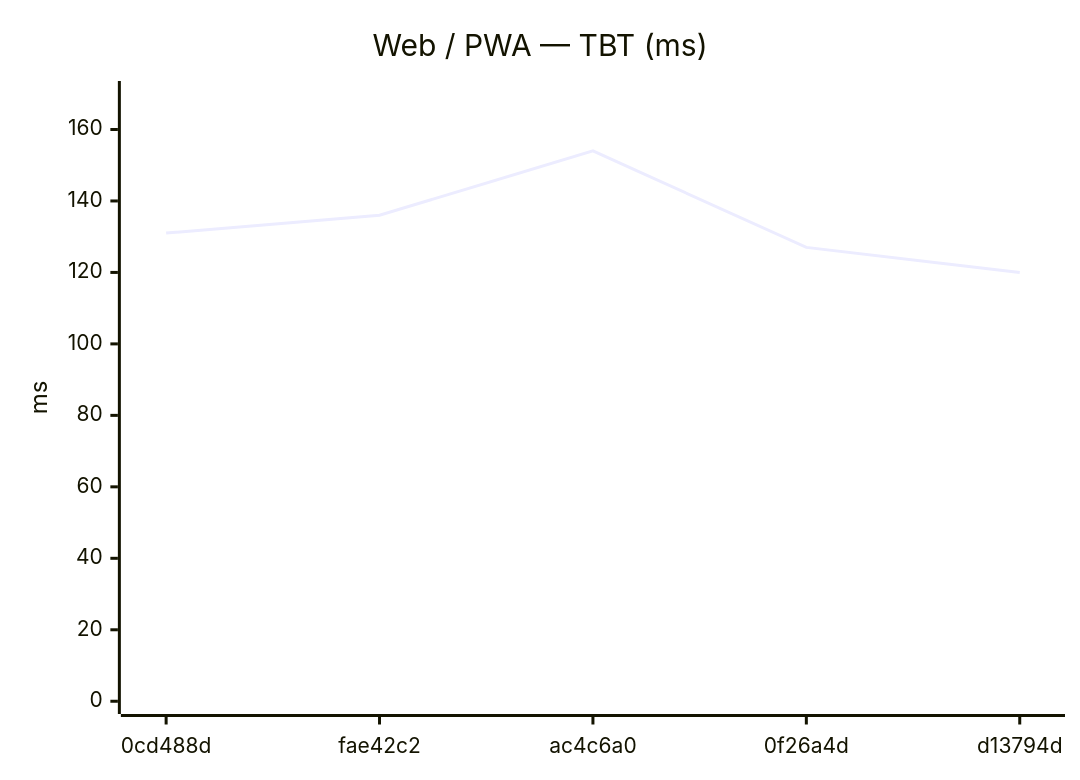
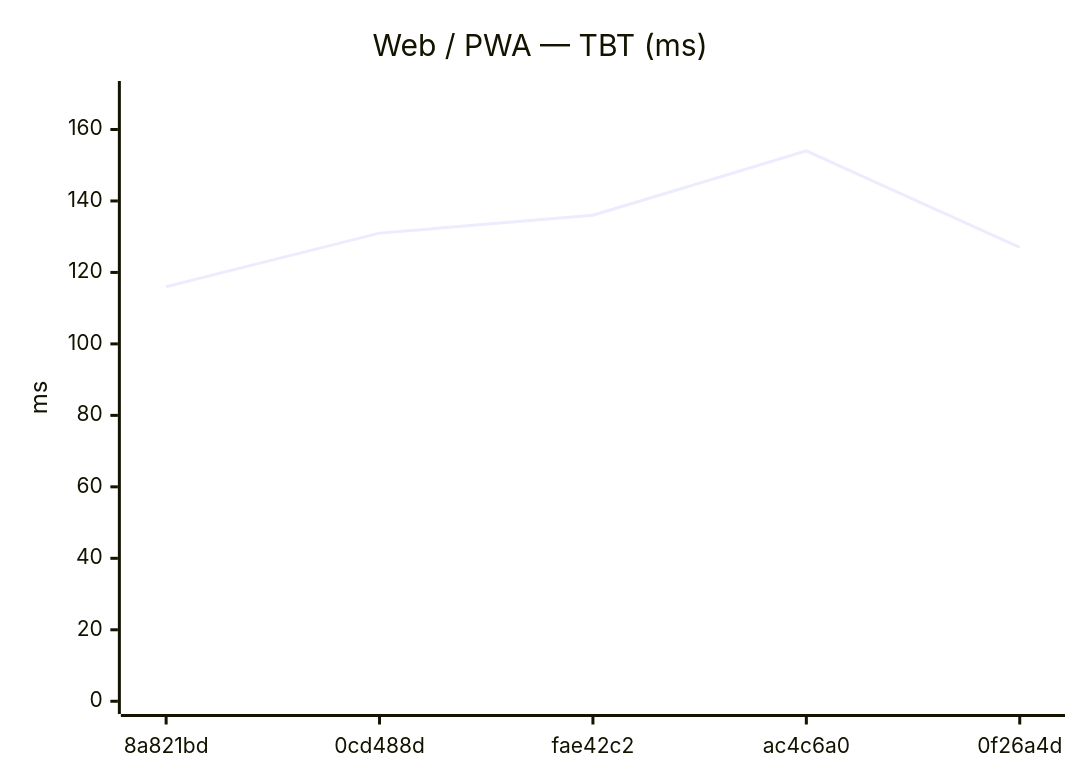
The eighth of 18 diagrams in benchmarks/compare.md (Metaheurist/Rianell), drawn with Mermaid before and after one commit. The commit also changed other lines of this file and 11 other files, not shown here.

````diff
--- a/benchmarks/compare.md
+++ b/benchmarks/compare.md
@@ -124,7 +124,7 @@
 ```mermaid
 xychart-beta
     title "Web / PWA — TBT (ms)"
-    x-axis ["0cd488d", "fae42c2", "ac4c6a0", "0f26a4d", "d13794d"]
+    x-axis ["8a821bd", "0cd488d", "fae42c2", "ac4c6a0", "0f26a4d"]
     y-axis "ms" 0 --> 170
-    line [131, 136, 154, 127, 120]
+    line [116, 131, 136, 154, 127]
 ```
````
